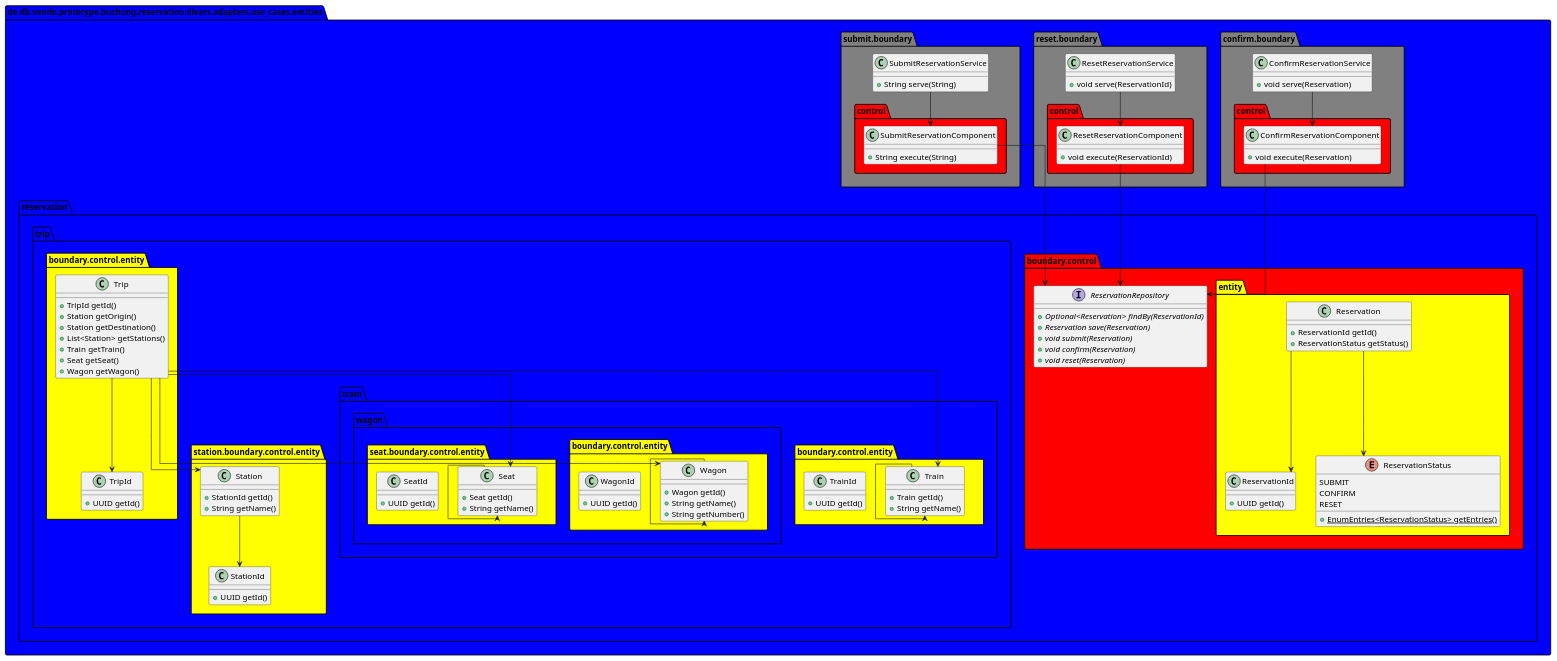
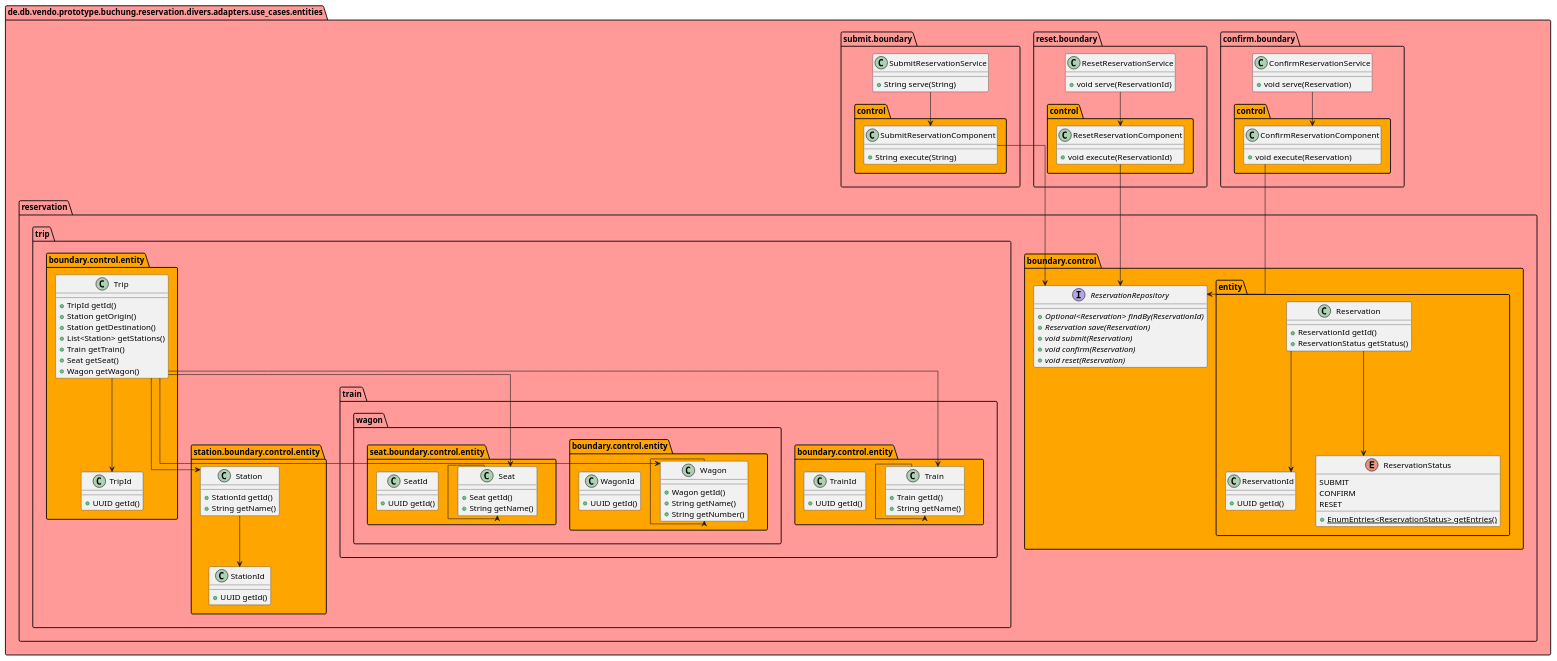
The diagram in doc/uml/puml/entities.puml (punkratz312/reservation-proto), drawn with PlantUML before and after one commit. The commit also changed 12 other files, not shown here.

```diff
--- a/doc/uml/puml/entities.puml
+++ b/doc/uml/puml/entities.puml
@@ -2,43 +2,41 @@
 !pragma useIntermediatePackages false
 skinparam linetype ortho
 show stereotype
-package divers as de.db.vendo.prototype.buchung.reservation.divers #blue {}
-package adapters as de.db.vendo.prototype.buchung.reservation.divers.adapters #blue {}
-package use_cases as de.db.vendo.prototype.buchung.reservation.divers.adapters.use_cases #blue {}
-package entities as de.db.vendo.prototype.buchung.reservation.divers.adapters.use_cases.entities #blue {}
-package confirm as de.db.vendo.prototype.buchung.reservation.divers.adapters.use_cases.entities.confirm #blue {}
-package boundary as de.db.vendo.prototype.buchung.reservation.divers.adapters.use_cases.entities.confirm.boundary #gray {}
-package control as de.db.vendo.prototype.buchung.reservation.divers.adapters.use_cases.entities.confirm.boundary.control #red {}
-package reservation as de.db.vendo.prototype.buchung.reservation.divers.adapters.use_cases.entities.reservation #blue {}
-package boundary as de.db.vendo.prototype.buchung.reservation.divers.adapters.use_cases.entities.reservation.boundary #gray {}
-package control as de.db.vendo.prototype.buchung.reservation.divers.adapters.use_cases.entities.reservation.boundary.control #red {}
-package entity as de.db.vendo.prototype.buchung.reservation.divers.adapters.use_cases.entities.reservation.boundary.control.entity #yellow {}
-package trip as de.db.vendo.prototype.buchung.reservation.divers.adapters.use_cases.entities.reservation.trip #blue {}
-package boundary as de.db.vendo.prototype.buchung.reservation.divers.adapters.use_cases.entities.reservation.trip.boundary #gray {}
-package control as de.db.vendo.prototype.buchung.reservation.divers.adapters.use_cases.entities.reservation.trip.boundary.control #red {}
-package entity as de.db.vendo.prototype.buchung.reservation.divers.adapters.use_cases.entities.reservation.trip.boundary.control.entity #yellow {}
-package station as de.db.vendo.prototype.buchung.reservation.divers.adapters.use_cases.entities.reservation.trip.station #blue {}
-package boundary as de.db.vendo.prototype.buchung.reservation.divers.adapters.use_cases.entities.reservation.trip.station.boundary #gray {}
-package control as de.db.vendo.prototype.buchung.reservation.divers.adapters.use_cases.entities.reservation.trip.station.boundary.control #red {}
-package entity as de.db.vendo.prototype.buchung.reservation.divers.adapters.use_cases.entities.reservation.trip.station.boundary.control.entity #yellow {}
-package train as de.db.vendo.prototype.buchung.reservation.divers.adapters.use_cases.entities.reservation.trip.train #blue {}
-package boundary as de.db.vendo.prototype.buchung.reservation.divers.adapters.use_cases.entities.reservation.trip.train.boundary #gray {}
-package control as de.db.vendo.prototype.buchung.reservation.divers.adapters.use_cases.entities.reservation.trip.train.boundary.control #red {}
-package entity as de.db.vendo.prototype.buchung.reservation.divers.adapters.use_cases.entities.reservation.trip.train.boundary.control.entity #yellow {}
-package wagon as de.db.vendo.prototype.buchung.reservation.divers.adapters.use_cases.entities.reservation.trip.train.wagon #blue {}
-package boundary as de.db.vendo.prototype.buchung.reservation.divers.adapters.use_cases.entities.reservation.trip.train.wagon.boundary #gray {}
-package control as de.db.vendo.prototype.buchung.reservation.divers.adapters.use_cases.entities.reservation.trip.train.wagon.boundary.control #red {}
-package entity as de.db.vendo.prototype.buchung.reservation.divers.adapters.use_cases.entities.reservation.trip.train.wagon.boundary.control.entity #yellow {}
-package seat as de.db.vendo.prototype.buchung.reservation.divers.adapters.use_cases.entities.reservation.trip.train.wagon.seat #blue {}
-package boundary as de.db.vendo.prototype.buchung.reservation.divers.adapters.use_cases.entities.reservation.trip.train.wagon.seat.boundary #gray {}
-package control as de.db.vendo.prototype.buchung.reservation.divers.adapters.use_cases.entities.reservation.trip.train.wagon.seat.boundary.control #red {}
-package entity as de.db.vendo.prototype.buchung.reservation.divers.adapters.use_cases.entities.reservation.trip.train.wagon.seat.boundary.control.entity #yellow {}
-package reset as de.db.vendo.prototype.buchung.reservation.divers.adapters.use_cases.entities.reset #blue {}
-package boundary as de.db.vendo.prototype.buchung.reservation.divers.adapters.use_cases.entities.reset.boundary #gray {}
-package control as de.db.vendo.prototype.buchung.reservation.divers.adapters.use_cases.entities.reset.boundary.control #red {}
-package submit as de.db.vendo.prototype.buchung.reservation.divers.adapters.use_cases.entities.submit #blue {}
-package boundary as de.db.vendo.prototype.buchung.reservation.divers.adapters.use_cases.entities.submit.boundary #gray {}
-package control as de.db.vendo.prototype.buchung.reservation.divers.adapters.use_cases.entities.submit.boundary.control #red {}
+package use_cases as de.db.vendo.prototype.buchung.reservation.divers.adapters.use_cases #ff9a99 {}
+package entities as de.db.vendo.prototype.buchung.reservation.divers.adapters.use_cases.entities #ff9a99 {}
+package confirm as de.db.vendo.prototype.buchung.reservation.divers.adapters.use_cases.entities.confirm #ff9a99 {}
+package boundary as de.db.vendo.prototype.buchung.reservation.divers.adapters.use_cases.entities.confirm.boundary #ff9a99 {}
+package control as de.db.vendo.prototype.buchung.reservation.divers.adapters.use_cases.entities.confirm.boundary.control #orange {}
+package reservation as de.db.vendo.prototype.buchung.reservation.divers.adapters.use_cases.entities.reservation #ff9a99 {}
+package boundary as de.db.vendo.prototype.buchung.reservation.divers.adapters.use_cases.entities.reservation.boundary #ff9a99 {}
+package control as de.db.vendo.prototype.buchung.reservation.divers.adapters.use_cases.entities.reservation.boundary.control #orange {}
+package entity as de.db.vendo.prototype.buchung.reservation.divers.adapters.use_cases.entities.reservation.boundary.control.entity #orange {}
+package trip as de.db.vendo.prototype.buchung.reservation.divers.adapters.use_cases.entities.reservation.trip #ff9a99 {}
+package boundary as de.db.vendo.prototype.buchung.reservation.divers.adapters.use_cases.entities.reservation.trip.boundary #ff9a99 {}
+package control as de.db.vendo.prototype.buchung.reservation.divers.adapters.use_cases.entities.reservation.trip.boundary.control #orange {}
+package entity as de.db.vendo.prototype.buchung.reservation.divers.adapters.use_cases.entities.reservation.trip.boundary.control.entity #orange {}
+package station as de.db.vendo.prototype.buchung.reservation.divers.adapters.use_cases.entities.reservation.trip.station #ff9a99 {}
+package boundary as de.db.vendo.prototype.buchung.reservation.divers.adapters.use_cases.entities.reservation.trip.station.boundary #ff9a99 {}
+package control as de.db.vendo.prototype.buchung.reservation.divers.adapters.use_cases.entities.reservation.trip.station.boundary.control #orange {}
+package entity as de.db.vendo.prototype.buchung.reservation.divers.adapters.use_cases.entities.reservation.trip.station.boundary.control.entity #orange {}
+package train as de.db.vendo.prototype.buchung.reservation.divers.adapters.use_cases.entities.reservation.trip.train #ff9a99 {}
+package boundary as de.db.vendo.prototype.buchung.reservation.divers.adapters.use_cases.entities.reservation.trip.train.boundary #ff9a99 {}
+package control as de.db.vendo.prototype.buchung.reservation.divers.adapters.use_cases.entities.reservation.trip.train.boundary.control #orange {}
+package entity as de.db.vendo.prototype.buchung.reservation.divers.adapters.use_cases.entities.reservation.trip.train.boundary.control.entity #orange {}
+package wagon as de.db.vendo.prototype.buchung.reservation.divers.adapters.use_cases.entities.reservation.trip.train.wagon #ff9a99 {}
+package boundary as de.db.vendo.prototype.buchung.reservation.divers.adapters.use_cases.entities.reservation.trip.train.wagon.boundary #ff9a99 {}
+package control as de.db.vendo.prototype.buchung.reservation.divers.adapters.use_cases.entities.reservation.trip.train.wagon.boundary.control #orange {}
+package entity as de.db.vendo.prototype.buchung.reservation.divers.adapters.use_cases.entities.reservation.trip.train.wagon.boundary.control.entity #orange {}
+package seat as de.db.vendo.prototype.buchung.reservation.divers.adapters.use_cases.entities.reservation.trip.train.wagon.seat #ff9a99 {}
+package boundary as de.db.vendo.prototype.buchung.reservation.divers.adapters.use_cases.entities.reservation.trip.train.wagon.seat.boundary #ff9a99 {}
+package control as de.db.vendo.prototype.buchung.reservation.divers.adapters.use_cases.entities.reservation.trip.train.wagon.seat.boundary.control #orange {}
+package entity as de.db.vendo.prototype.buchung.reservation.divers.adapters.use_cases.entities.reservation.trip.train.wagon.seat.boundary.control.entity #orange {}
+package reset as de.db.vendo.prototype.buchung.reservation.divers.adapters.use_cases.entities.reset #ff9a99 {}
+package boundary as de.db.vendo.prototype.buchung.reservation.divers.adapters.use_cases.entities.reset.boundary #ff9a99 {}
+package control as de.db.vendo.prototype.buchung.reservation.divers.adapters.use_cases.entities.reset.boundary.control #orange {}
+package submit as de.db.vendo.prototype.buchung.reservation.divers.adapters.use_cases.entities.submit #ff9a99 {}
+package boundary as de.db.vendo.prototype.buchung.reservation.divers.adapters.use_cases.entities.submit.boundary #ff9a99 {}
+package control as de.db.vendo.prototype.buchung.reservation.divers.adapters.use_cases.entities.submit.boundary.control #orange {}
 
 class "ConfirmReservationService" as de.db.vendo.prototype.buchung.reservation.divers.adapters.use_cases.entities.confirm.boundary.ConfirmReservationService {
   +void serve(Reservation)
```
